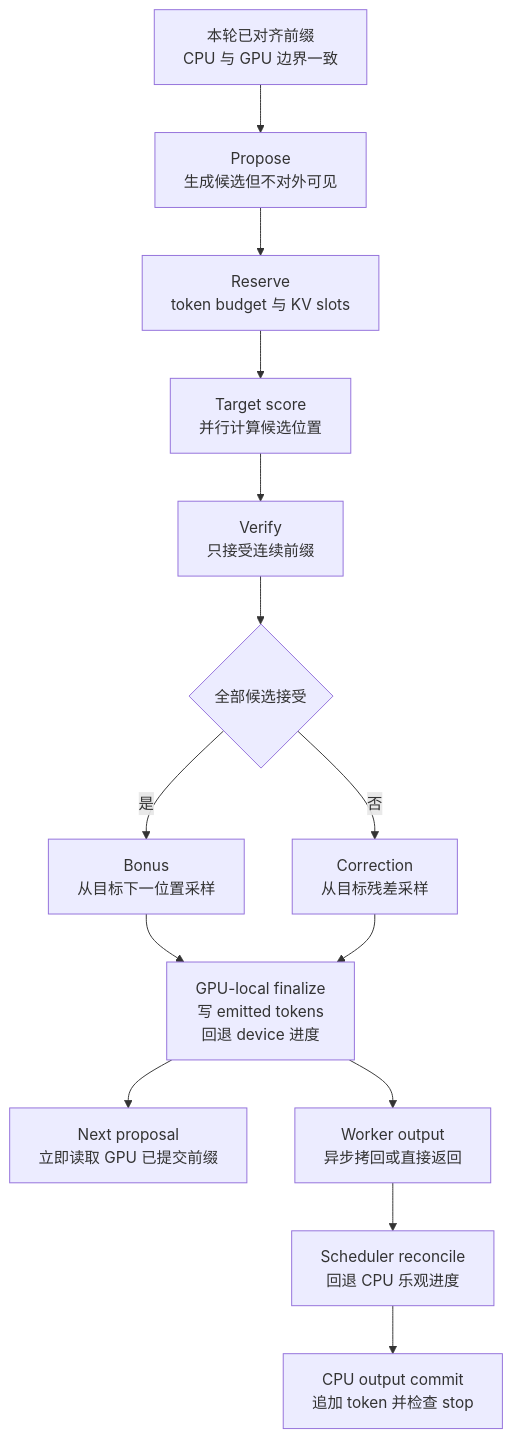
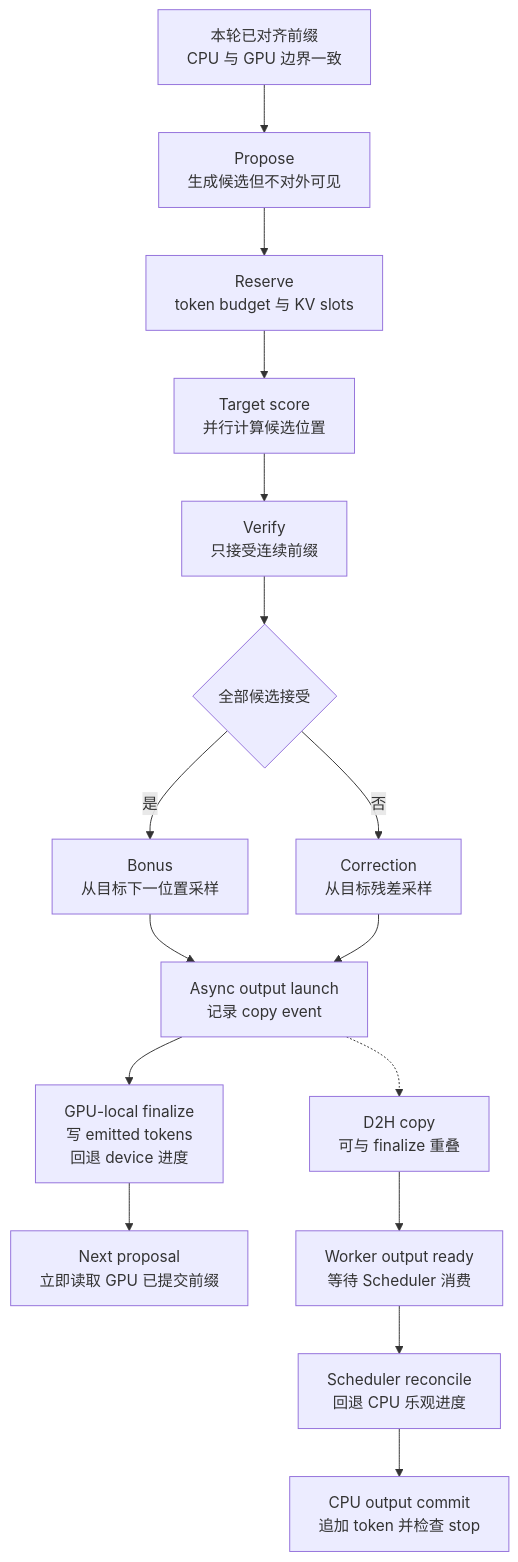
The diagram in wiki/02_engineering/03_infer_frameworks/vllm/20_vllm_speculative_decoding_analysis.md (suhaibo666/llm-knowledge), drawn with Mermaid before and after one commit. The commit also changed other lines of this file, not shown here.

Commit message:
docs(vllm): fix speculative async copy timing

````diff
--- a/wiki/02_engineering/03_infer_frameworks/vllm/20_vllm_speculative_decoding_analysis.md
+++ b/wiki/02_engineering/03_infer_frameworks/vllm/20_vllm_speculative_decoding_analysis.md
@@ -49,16 +49,18 @@
 ```mermaid
 flowchart TB
     P["本轮已对齐前缀<br/>CPU 与 GPU 边界一致"] --> D["Propose<br/>生成候选但不对外可见"]
     D --> S["Reserve<br/>token budget 与 KV slots"]
     S --> T["Target score<br/>并行计算候选位置"]
     T --> V["Verify<br/>只接受连续前缀"]
     V --> Q{"全部候选接受"}
     Q -->|是| B["Bonus<br/>从目标下一位置采样"]
     Q -->|否| R["Correction<br/>从目标残差采样"]
-    B --> G["GPU-local finalize<br/>写 emitted tokens<br/>回退 device 进度"]
-    R --> G
+    B --> E["Async output launch<br/>记录 copy event"]
+    R --> E
+    E --> G["GPU-local finalize<br/>写 emitted tokens<br/>回退 device 进度"]
+    E -.-> O["D2H copy<br/>可与 finalize 重叠"]
     G --> N["Next proposal<br/>立即读取 GPU 已提交前缀"]
-    G --> O["Worker output<br/>异步拷回或直接返回"]
-    O --> C["Scheduler reconcile<br/>回退 CPU 乐观进度"]
+    O --> W["Worker output ready<br/>等待 Scheduler 消费"]
+    W --> C["Scheduler reconcile<br/>回退 CPU 乐观进度"]
     C --> H["CPU output commit<br/>追加 token 并检查 stop"]
 ```
````
